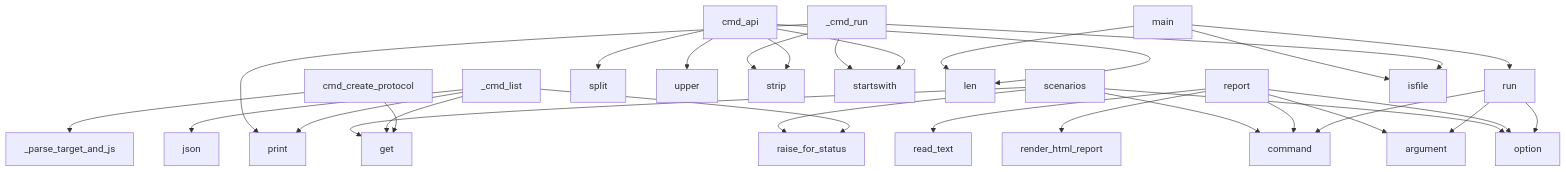
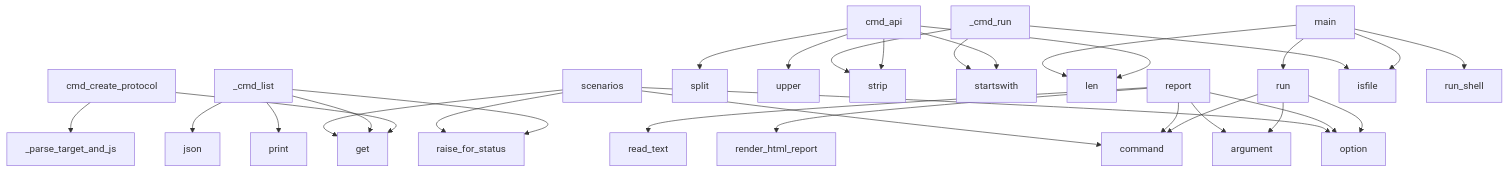
Before and after one commit to oqlos/oql: the diagram in project/context.md, drawn with Mermaid. The commit also changed other lines of this file and 21 other files, not shown here.

````diff
--- a/project/context.md
+++ b/project/context.md
@@ -375,33 +375,33 @@
 ```mermaid
 graph TD
     cmd_create_protocol --> _parse_target_and_js
     cmd_create_protocol --> get
     run --> command
     run --> argument
     run --> option
     _cmd_list --> get
     _cmd_list --> raise_for_status
     _cmd_list --> json
     _cmd_list --> print
     cmd_api --> split
     cmd_api --> upper
     cmd_api --> strip
     cmd_api --> startswith
     cmd_api --> len
     report --> command
     report --> argument
     report --> option
     report --> read_text
     report --> render_html_report
     scenarios --> command
     scenarios --> option
     scenarios --> get
     scenarios --> raise_for_status
+    main --> len
+    main --> run
+    main --> isfile
+    main --> run_shell
     _cmd_run --> strip
     _cmd_run --> startswith
     _cmd_run --> isfile
-    _cmd_run --> print
-    main --> len
-    main --> run
-    main --> isfile
 ```
````
